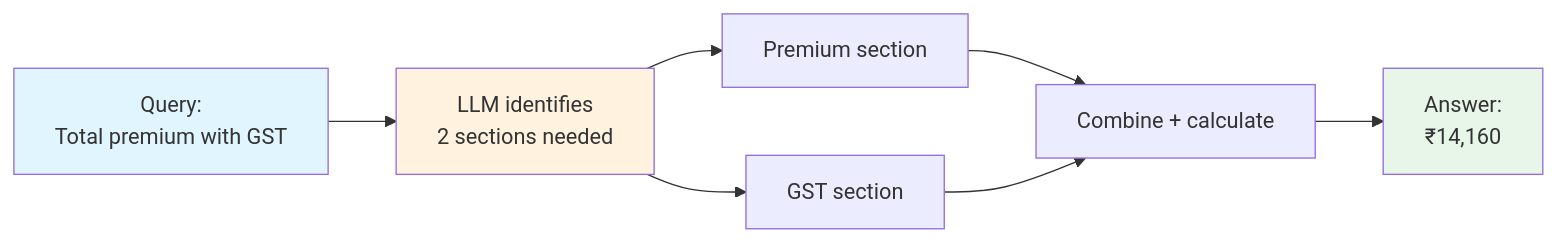
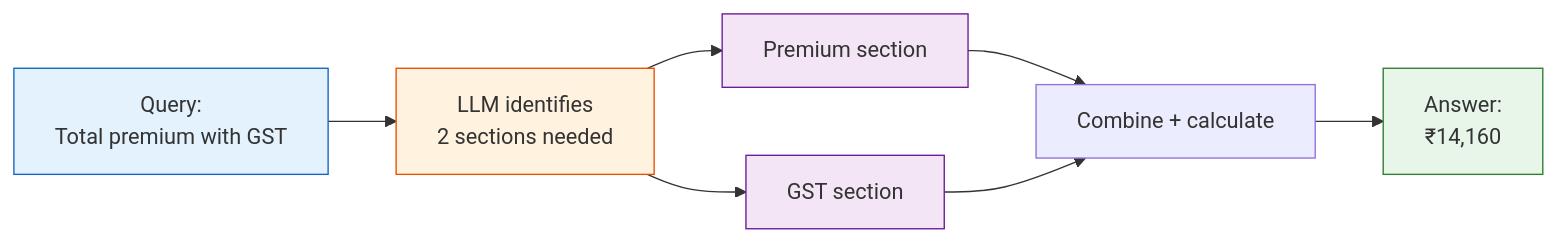
One commit to AyushSinghRana15/Vectorless-RAG changed the fourth of 6 diagrams in lab2/lab2_vectorless_rag_advanced.md. Above: the diagram before and after it, drawn with Mermaid. The commit also changed other lines of this file and 1 other file, not shown here.

Commit message:
Standardize Mermaid diagram colors across both labs

````diff
--- a/lab2/lab2_vectorless_rag_advanced.md
+++ b/lab2/lab2_vectorless_rag_advanced.md
@@ -361,12 +365,14 @@
 ```mermaid
 flowchart LR
     A["Query:\nTotal premium with GST"] --> B["LLM identifies\n2 sections needed"]
     B --> C["Premium section"]
     B --> D["GST section"]
     C --> E["Combine + calculate"]
     D --> E
     E --> F["Answer:\n₹14,160"]
-    style A fill:#e1f5fe
-    style F fill:#e8f5e9
-    style B fill:#fff3e0
+    style A fill:#e3f2fd,stroke:#1565c0
+    style F fill:#e8f5e9,stroke:#2e7d32
+    style B fill:#fff3e0,stroke:#e65100
+    style C fill:#f3e5f5,stroke:#6a1b9a
+    style D fill:#f3e5f5,stroke:#6a1b9a
 ```
````
